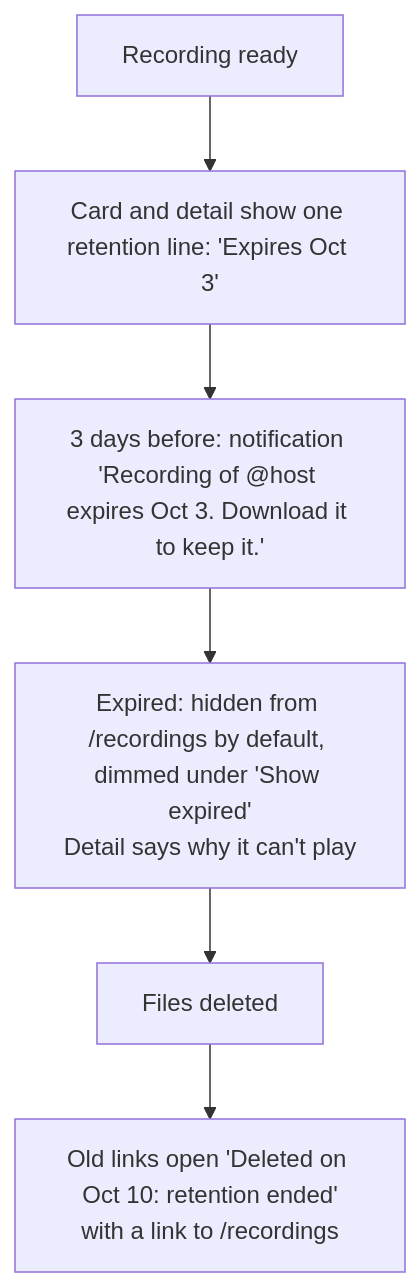
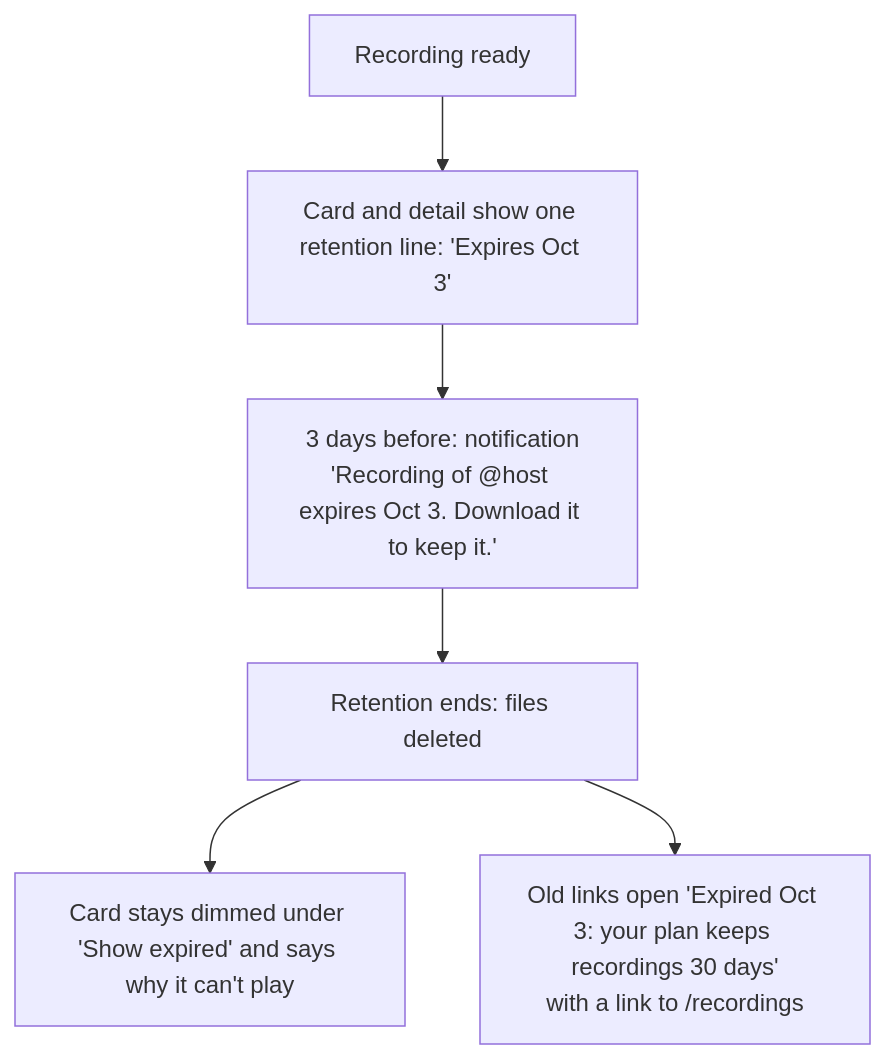
The seventh of 11 diagrams in docs/user-flows.md (binhld98/AutoRecordLive), drawn with Mermaid before and after one commit. The commit also changed other lines of this file, not shown here.

Commit message:
docs: revise user flows after review

````diff
--- a/docs/user-flows.md
+++ b/docs/user-flows.md
@@ -128,8 +208,8 @@
 ```mermaid
 flowchart TD
   ready["Recording ready"] --> line["Card and detail show one retention line: 'Expires Oct 3'"]
-  line --> warn["3 days before: notification 'Recording of @host expires Oct 3. Download it to keep it.'"]
-  warn --> exp["Expired: hidden from /recordings by default, dimmed under 'Show expired'<br/>Detail says why it can't play"]
-  exp --> del["Files deleted"]
-  del --> gone["Old links open 'Deleted on Oct 10: retention ended'<br/>with a link to /recordings"]
+  line --> warn["3 days before: notification<br/>'Recording of @host expires Oct 3. Download it to keep it.'"]
+  warn --> exp["Retention ends: files deleted"]
+  exp --> card["Card stays dimmed under 'Show expired' and says why it can't play"]
+  exp --> links["Old links open 'Expired Oct 3: your plan keeps recordings 30 days'<br/>with a link to /recordings"]
 ```
````
